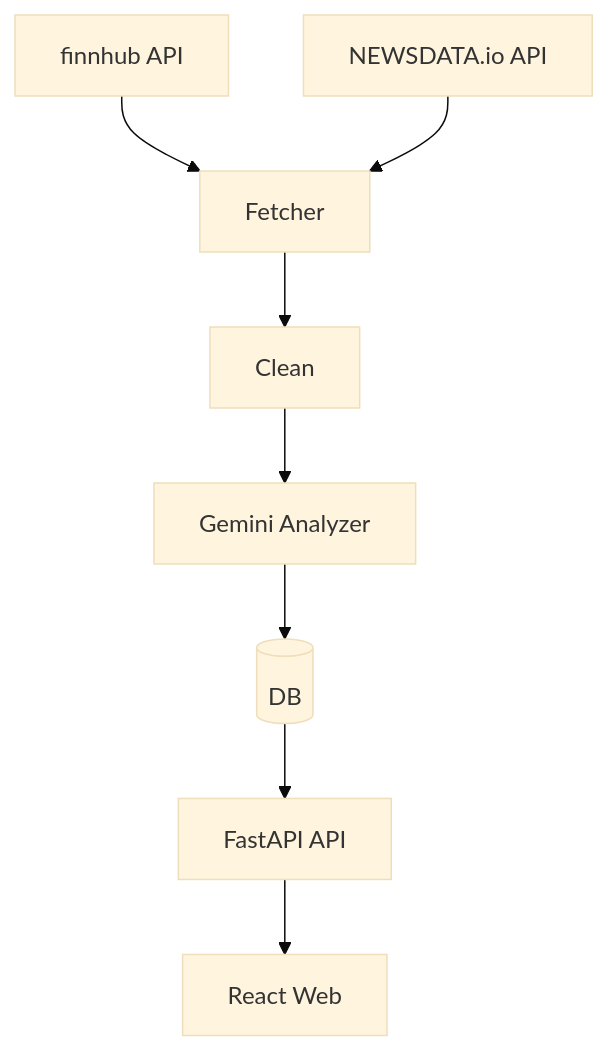
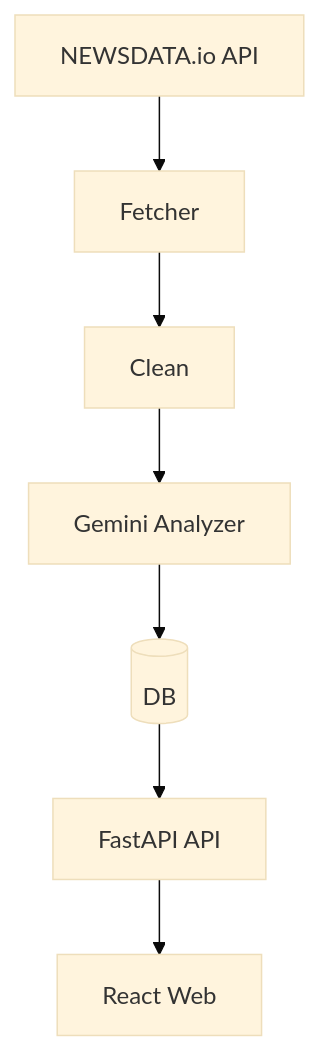
Before and after one commit to jinw00ch01/ROKEY_news: the first of 2 diagrams in README.md, drawn with Mermaid (base theme). The commit also changed other lines of this file and 9 other files, not shown here.

First line of the commit message:
refactor: remove Finnhub API integration completely

````diff
--- a/README.md
+++ b/README.md
@@ -5,10 +5,9 @@
 ```mermaid
 flowchart TD
-  finnhub[finnhub API] --> fetcher[Fetcher]
-  newsdata[NEWSDATA.io API] --> fetcher
+  newsdata[NEWSDATA.io API] --> fetcher[Fetcher]
   fetcher --> preprocess[Clean]
   preprocess --> analyzer[Gemini Analyzer]
   analyzer --> db[(DB)]
   db --> api[FastAPI API]
   api --> web[React Web]
 ```
````
